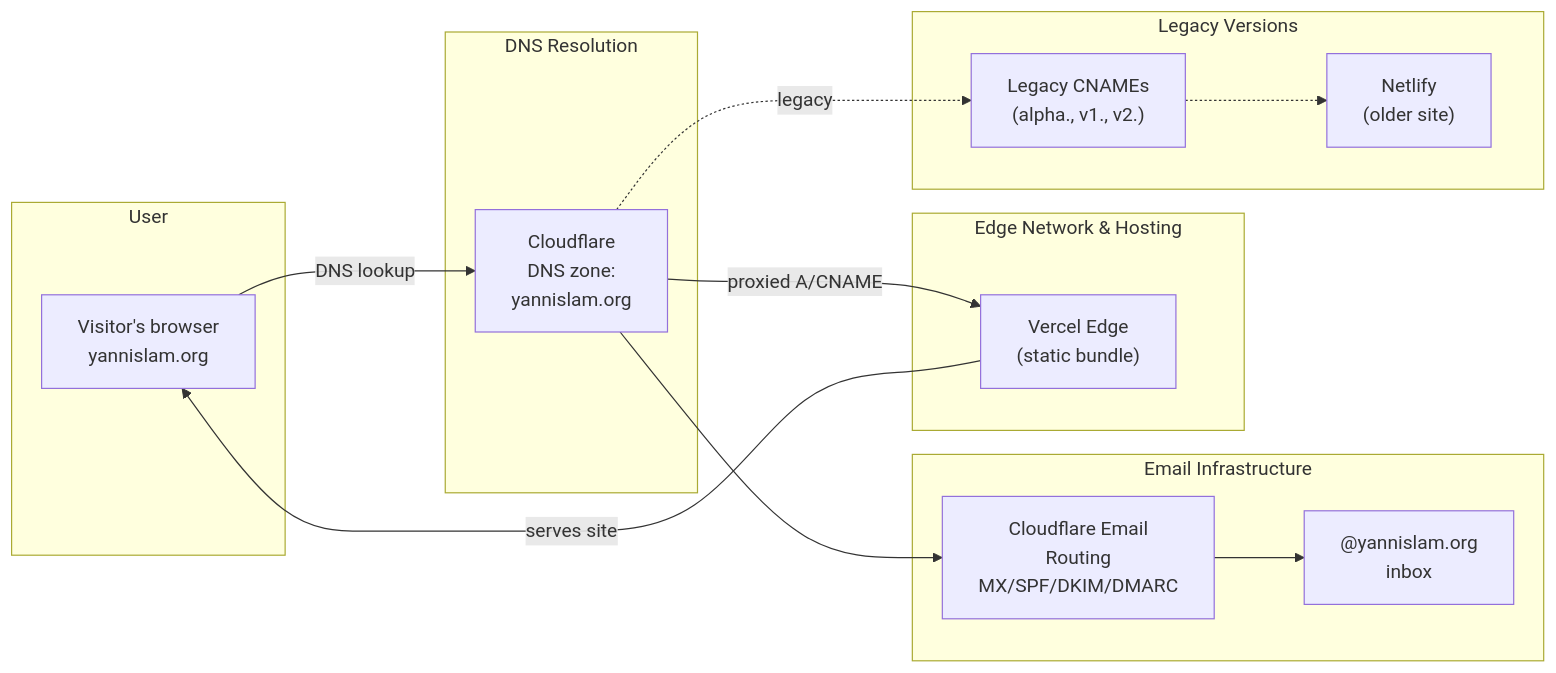
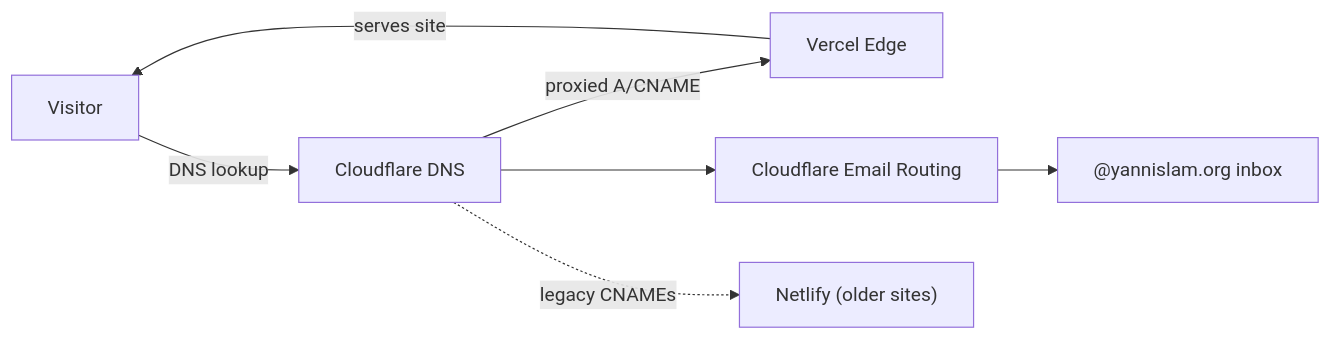
One commit to AardeYamz/v3.yannislam.org changed the third of 3 diagrams in README.md. Above: the diagram before and after it, drawn with Mermaid. The commit also changed other lines of this file, not shown here.

First line of the commit message:
Simplify README mermaid diagrams and move detail into tables

````diff
--- a/README.md
+++ b/README.md
@@ -194,34 +199,9 @@
 ```mermaid
 flowchart LR
-    subgraph UserBrowser["User"]
-        Visitor["Visitor's browser<br/>yannislam.org"]
-    end
-    
-    subgraph DNSResolution["DNS Resolution"]
-        CloudflareDNS["Cloudflare<br/>DNS zone:<br/>yannislam.org"]
-    end
-    
-    subgraph EdgeServing["Edge Network & Hosting"]
-        VercelEdge["Vercel Edge<br/>(static bundle)"]
-    end
-    
-    subgraph EmailInfra["Email Infrastructure"]
-        CloudflareEmail["Cloudflare Email<br/>Routing<br/>MX/SPF/DKIM/DMARC"]
-        Inbox["@yannislam.org<br/>inbox"]
-    end
-    
-    subgraph LegacyVersions["Legacy Versions"]
-        LegacyCNAME["Legacy CNAMEs<br/>(alpha., v1., v2.)"]
-        Netlify["Netlify<br/>(older site)"]
-    end
-    
-    Visitor -->|"DNS lookup"| CloudflareDNS
-    CloudflareDNS -->|"proxied A/CNAME"| VercelEdge
-    VercelEdge -->|"serves site"| Visitor
-    
-    CloudflareDNS --> CloudflareEmail
-    CloudflareEmail --> Inbox
-    
-    CloudflareDNS -.->|"legacy"| LegacyCNAME
-    LegacyCNAME -.-> Netlify
+    Visitor["Visitor"] -->|"DNS lookup"| CF["Cloudflare DNS"]
+    CF -->|"proxied A/CNAME"| Vercel["Vercel Edge"]
+    Vercel -->|"serves site"| Visitor
+
+    CF --> Mail["Cloudflare Email Routing"] --> Inbox["@yannislam.org inbox"]
+    CF -.->|"legacy CNAMEs"| Netlify["Netlify (older sites)"]
 ```
````
